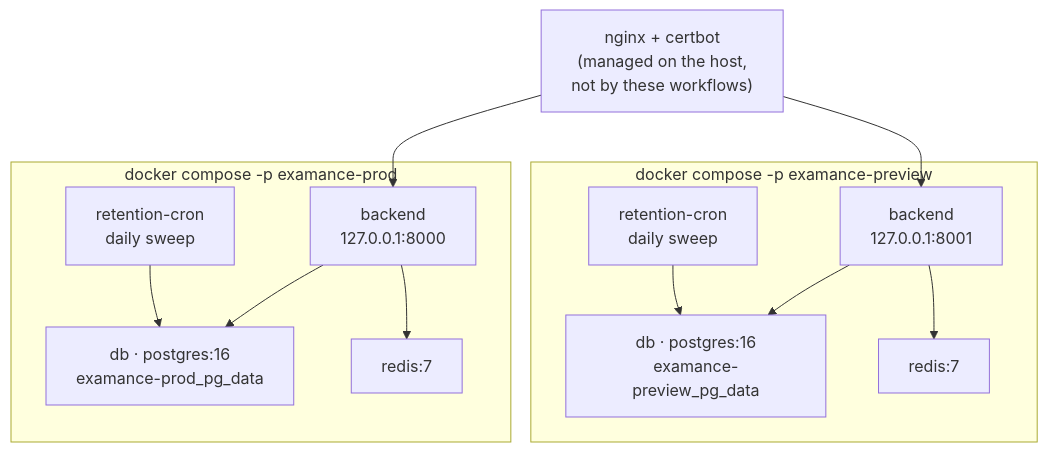
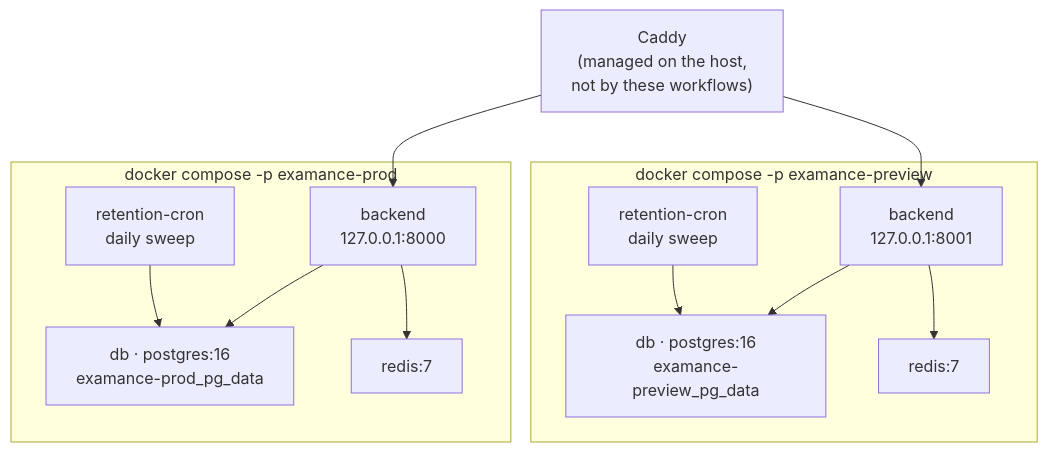
One commit to ValentinHerrmann/Examance changed the second of 5 diagrams in docs/deployment.md. Above: the diagram before and after it, drawn with Mermaid. The commit also changed other lines of this file and 10 other files, not shown here.

````diff
--- a/docs/deployment.md
+++ b/docs/deployment.md
@@ -68,27 +68,27 @@
 ```mermaid
 flowchart TB
-  NG["nginx + certbot<br/>(managed on the host,<br/>not by these workflows)"]
+  NG["Caddy<br/>(managed on the host,<br/>not by these workflows)"]
 
   subgraph P["docker compose -p examance-prod"]
     PB["backend<br/>127.0.0.1:8000"]
     PD["db · postgres:16<br/>examance-prod_pg_data"]
     PR2["redis:7"]
     PC["retention-cron<br/>daily sweep"]
     PB --> PD
     PB --> PR2
     PC --> PD
   end
 
   subgraph V["docker compose -p examance-preview"]
     VB["backend<br/>127.0.0.1:8001"]
     VD["db · postgres:16<br/>examance-preview_pg_data"]
     VR["redis:7"]
     VC["retention-cron<br/>daily sweep"]
     VB --> VD
     VB --> VR
     VC --> VD
   end
 
   NG --> PB
   NG --> VB
 ```
````
